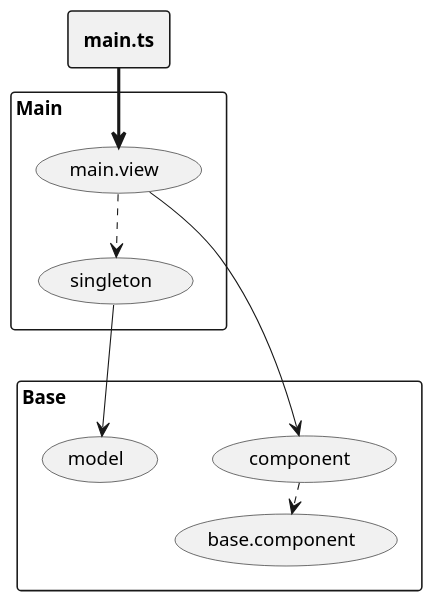
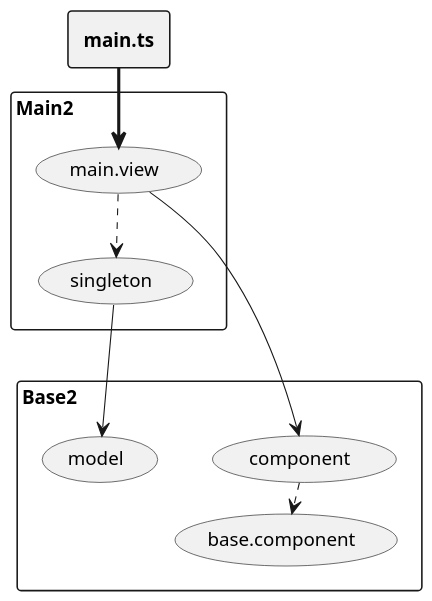
The diagram in src/example-uml2.iuml (i-kay/plantuml-test), drawn with PlantUML before and after one commit. The commit also changed 2 other files, not shown here.

```diff
--- a/src/example-uml2.iuml
+++ b/src/example-uml2.iuml
@@ -1,27 +1,27 @@
 @startuml
 skinparam monochrome true
 skinparam ranksep 20
 skinparam dpi 150
 skinparam arrowThickness 0.7
 skinparam packageTitleAlignment left
 skinparam usecaseBorderThickness 0.4
 skinparam defaultFontSize 12
 skinparam rectangleBorderThickness 1
 
-rectangle "Main" {
+rectangle "Main2" {
   (main.view)
   (singleton)
 }
-rectangle "Base" {
+rectangle "Base2" {
   (base.component)
   (component)
   (model)
 }
 rectangle "<b>main.ts</b>" as main_ts
 
 (component) ..> (base.component)
 main_ts ==> (main.view)
 (main.view) --> (component)
 (main.view) ...> (singleton)
 (singleton) ---> (model)
 @enduml
```
